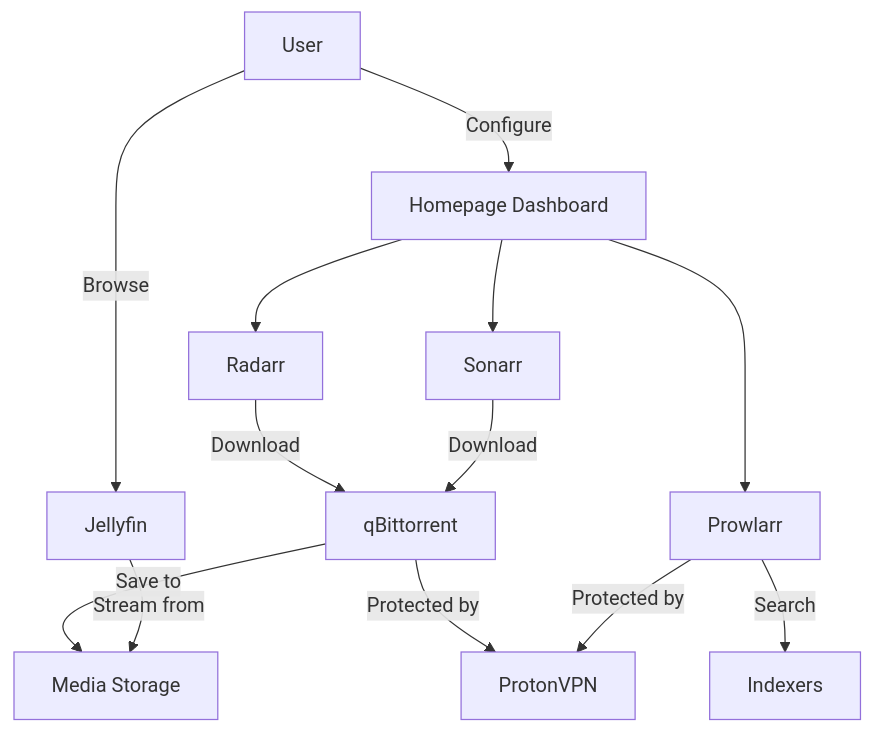
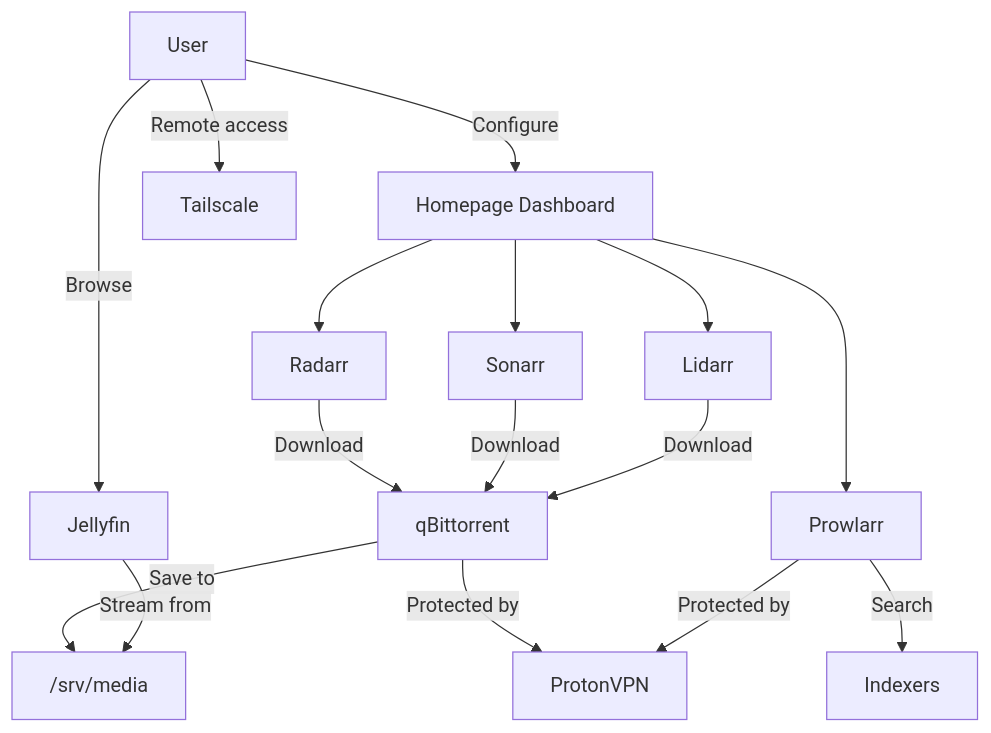
One commit to Lancelot-Tech/nodex changed the diagram in README.md. Above: the diagram before and after it, drawn with Mermaid. The commit also changed other lines of this file and 33 other files, not shown here.

````diff
--- a/README.md
+++ b/README.md
@@ -412,15 +279,18 @@
 ```mermaid
 graph TD
     A[User] -->|Browse| B[Jellyfin]
     A -->|Configure| C[Homepage Dashboard]
+    A -->|Remote access| T[Tailscale]
     C --> D[Radarr]
     C --> E[Sonarr]
+    C --> L[Lidarr]
     C --> F[Prowlarr]
     D -->|Download| G[qBittorrent]
     E -->|Download| G
+    L -->|Download| G
     F -->|Search| H[Indexers]
     G -->|Protected by| I[ProtonVPN]
     F -->|Protected by| I
-    G -->|Save to| J[Media Storage]
+    G -->|Save to| J["/srv/media"]
     B -->|Stream from| J
 ```
````
